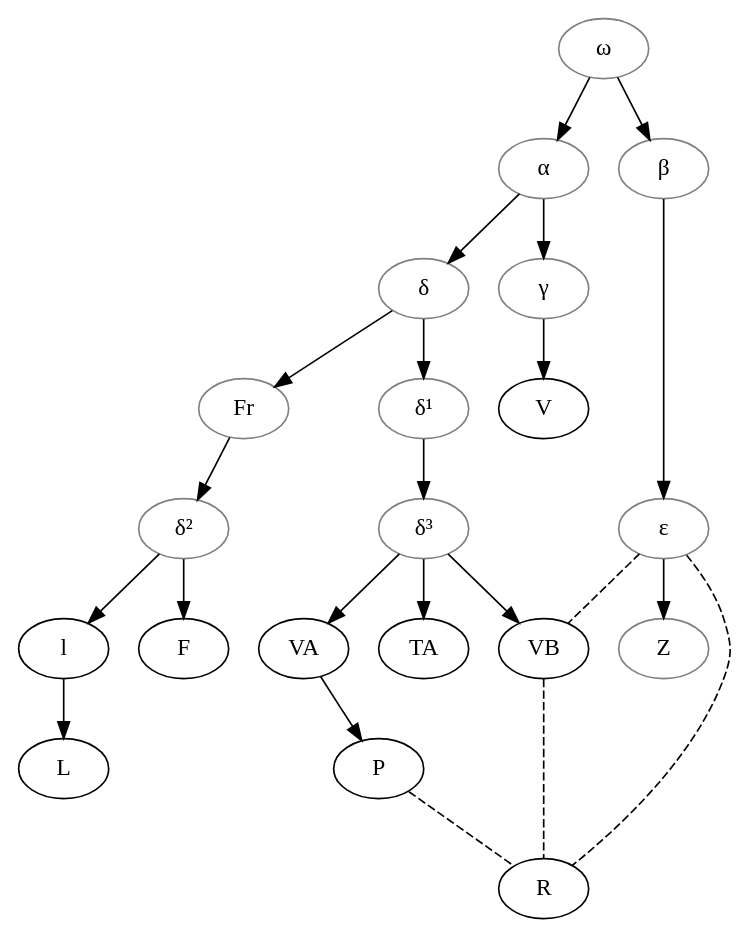
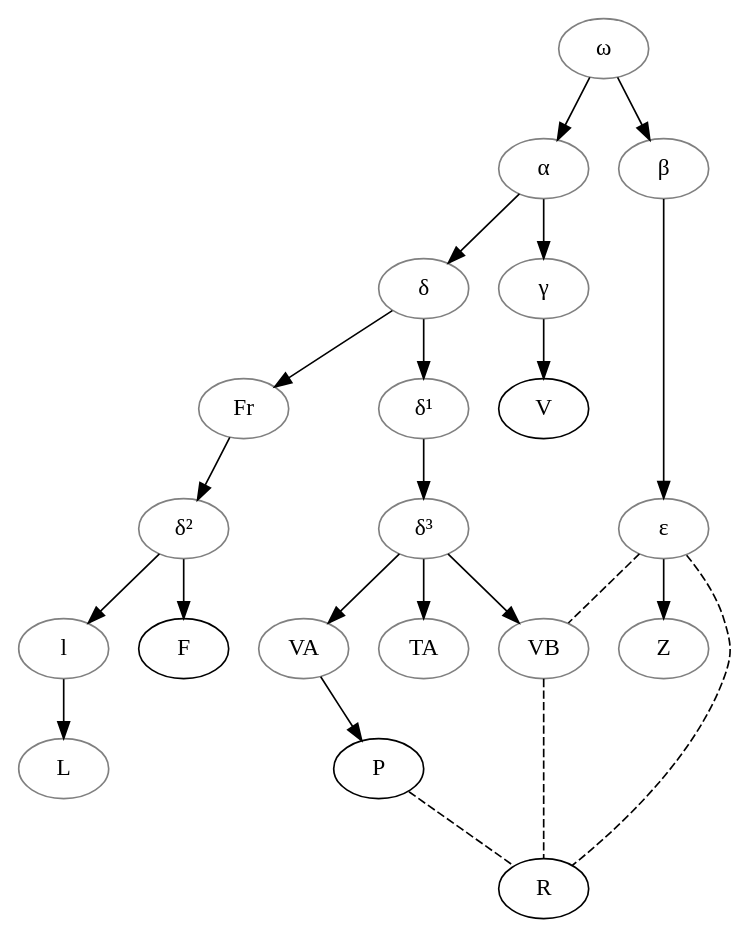
One commit to OpenStemmata/database changed the diagram in Milione/graph.gv. Above: the diagram before and after it, drawn with Graphviz. The commit also changed 1 other file, not shown here.

```diff
--- a/Milione/graph.gv
+++ b/Milione/graph.gv
@@ -1,43 +1,48 @@
 # Place the cursor inside "graph" to get some refactoring options
 
 digraph {
     # Greek letters/hypothetical links
     omega[color="grey", label="ω"]
     alpha[color="grey", label="α"]
     beta[color="grey", label="β"]
     delta[color="grey", label="δ"]
     delta¹[color="grey", label="δ¹"]
     delta²[color="grey", label="δ²"]
     delta³[color="grey", label="δ³"]
     gamma[color="grey", label="γ"]
     epsilon[color="grey", label="ε"]
     Fr[color="grey"]
     Z[color="grey"]
+    TA[color="grey"]
+    VA[color="grey"]
+    VB[color="grey"]
+    l[color="grey"]
+    L[color="grey"]
 
     omega -> alpha;
     omega -> beta;
 
     alpha -> gamma;
     gamma -> V;
     alpha -> delta;
     delta -> Fr;
     Fr -> delta²;
     delta² -> l;
     delta² -> F;
     l -> L;
 
     delta -> delta¹;
     delta¹ -> delta³;
     delta³ -> TA;
     delta³ -> VA;
     delta³ -> VB
     VA -> P;
     P -> R [dir=none, style="dashed"];
 
     beta -> epsilon;
     epsilon -> Z;
 
     epsilon -> VB [dir=none, style="dashed"];
     VB -> R [dir=none, style="dashed"];
     epsilon -> R [dir=none, style="dashed"];
 }
```
